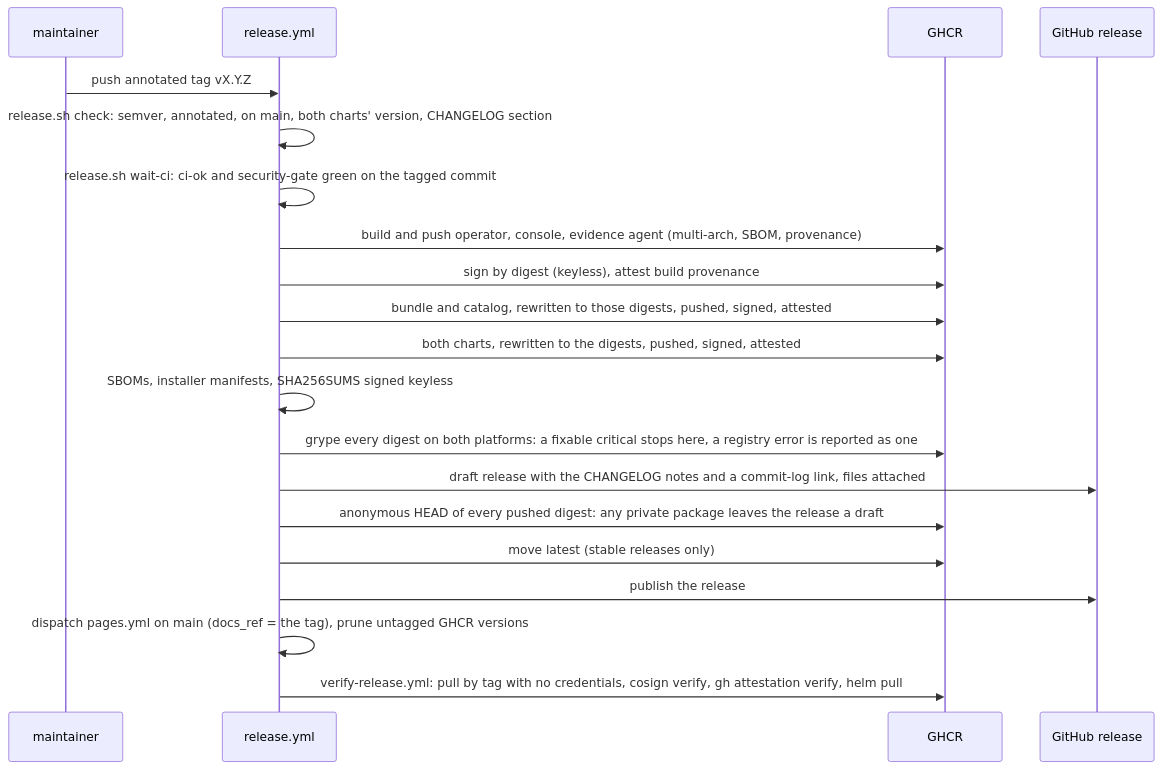
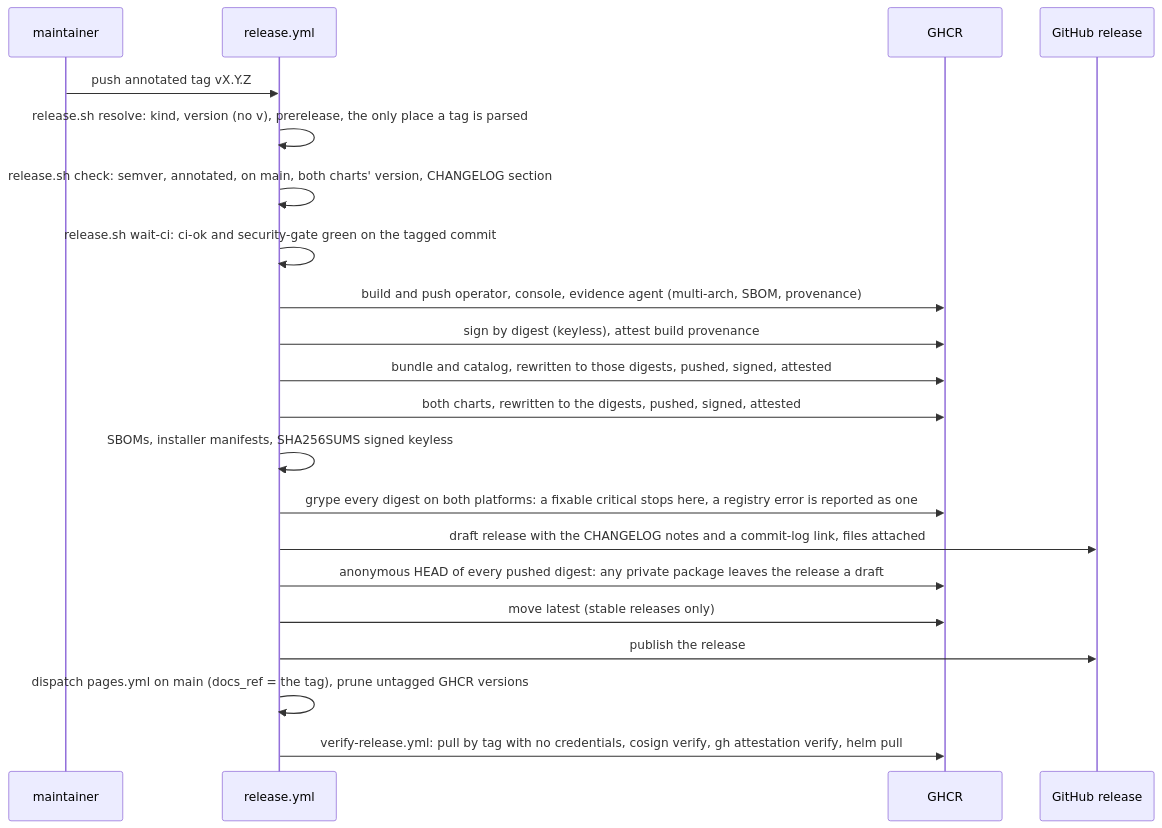
The second of 2 diagrams in docs/site/docs/development/ci.md (fyannk/pgToolBox), drawn with Mermaid before and after one commit. The commit also changed other lines of this file and 69 other files, not shown here.

````diff
--- a/docs/site/docs/development/ci.md
+++ b/docs/site/docs/development/ci.md
@@ -196,22 +196,23 @@
 ```mermaid
 sequenceDiagram
   participant M as maintainer
   participant R as release.yml
   participant G as GHCR
   participant H as GitHub release
   M->>R: push annotated tag vX.Y.Z
+  R->>R: release.sh resolve: kind, version (no v), prerelease, the only place a tag is parsed
   R->>R: release.sh check: semver, annotated, on main, both charts' version, CHANGELOG section
   R->>R: release.sh wait-ci: ci-ok and security-gate green on the tagged commit
   R->>G: build and push operator, console, evidence agent (multi-arch, SBOM, provenance)
   R->>G: sign by digest (keyless), attest build provenance
   R->>G: bundle and catalog, rewritten to those digests, pushed, signed, attested
   R->>G: both charts, rewritten to the digests, pushed, signed, attested
   R->>R: SBOMs, installer manifests, SHA256SUMS signed keyless
   R->>G: grype every digest on both platforms: a fixable critical stops here, a registry error is reported as one
   R->>H: draft release with the CHANGELOG notes and a commit-log link, files attached
   R->>G: anonymous HEAD of every pushed digest: any private package leaves the release a draft
   R->>G: move latest (stable releases only)
   R->>H: publish the release
   R->>R: dispatch pages.yml on main (docs_ref = the tag), prune untagged GHCR versions
   R->>G: verify-release.yml: pull by tag with no credentials, cosign verify, gh attestation verify, helm pull
 ```
````
